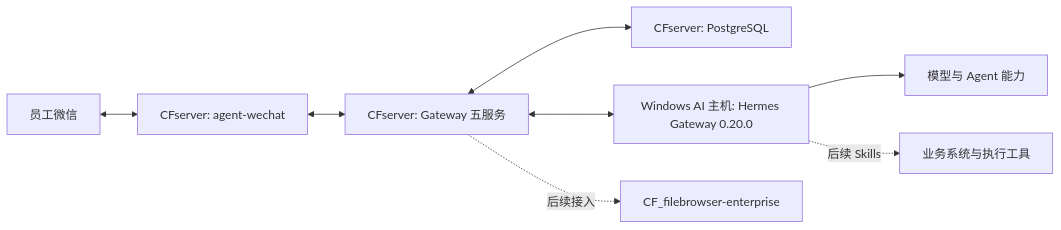
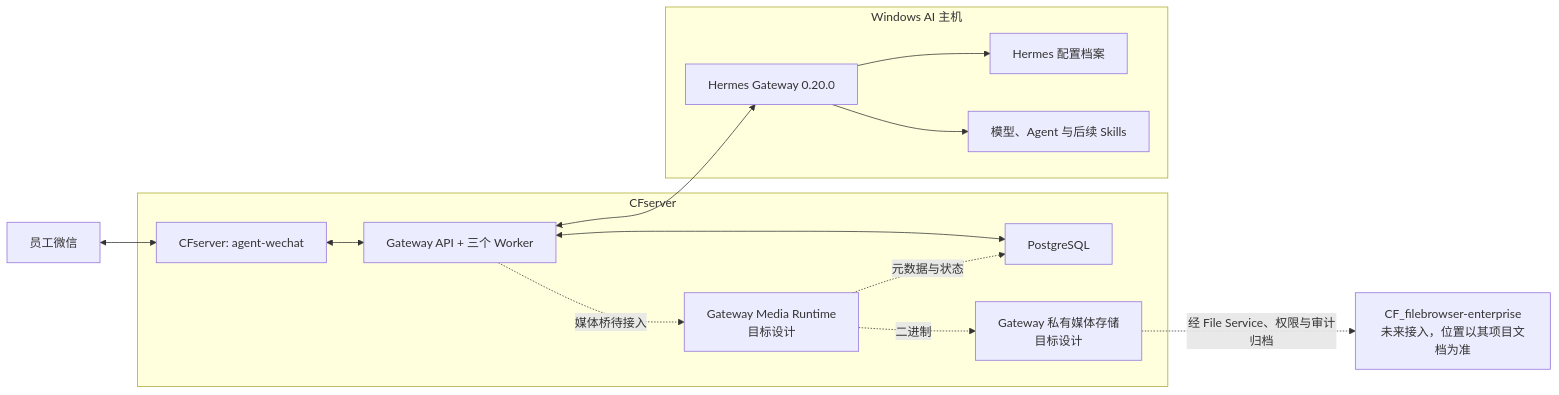
One commit to Tangbohu09527/CF_ecommerce-automation-docs changed the diagram in architecture/ai-system-overview.md. Above: the diagram before and after it, drawn with Mermaid. The commit also changed other lines of this file and 16 other files, not shown here.

Commit message:
docs: sync private group and media runtime status

````diff
--- a/architecture/ai-system-overview.md
+++ b/architecture/ai-system-overview.md
@@ -9,10 +9,27 @@
 ```mermaid
 flowchart LR
-    U["员工微信"] <--> AW["CFserver: agent-wechat"]
-    AW <--> G["CFserver: Gateway 五服务"]
-    G <--> PG["CFserver: PostgreSQL"]
-    G <--> H["Windows AI 主机: Hermes Gateway 0.20.0"]
-    H --> M["模型与 Agent 能力"]
-    G -. "后续接入" .-> F["CF_filebrowser-enterprise"]
-    H -. "后续 Skills" .-> S["业务系统与执行工具"]
+    U["员工微信"]
+    subgraph CFS["CFserver"]
+        AW["CFserver: agent-wechat"]
+        GR["Gateway API + 三个 Worker"]
+        PG["PostgreSQL"]
+        MR["Gateway Media Runtime<br/>目标设计"]
+        MS["Gateway 私有媒体存储<br/>目标设计"]
+        GR <--> PG
+        MR -. "元数据与状态" .-> PG
+        MR -. "二进制" .-> MS
+    end
+    subgraph AI["Windows AI 主机"]
+        H["Hermes Gateway 0.20.0"]
+        HP["Hermes 配置档案"]
+        CAP["模型、Agent 与后续 Skills"]
+        H --> HP
+        H --> CAP
+    end
+    FB["CF_filebrowser-enterprise<br/>未来接入，位置以其项目文档为准"]
+    U <--> AW
+    AW <--> GR
+    GR <--> H
+    GR -. "媒体桥待接入" .-> MR
+    MS -. "经 File Service、权限与审计归档" .-> FB
 ```
````
